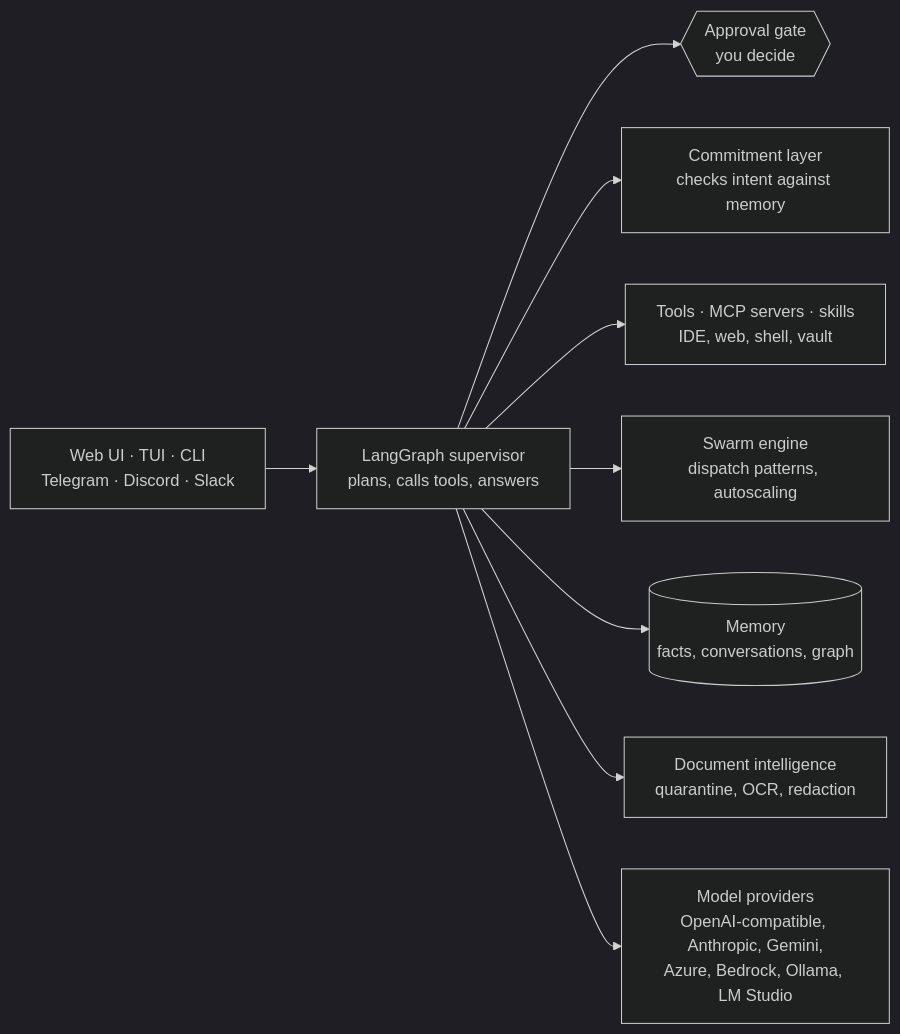
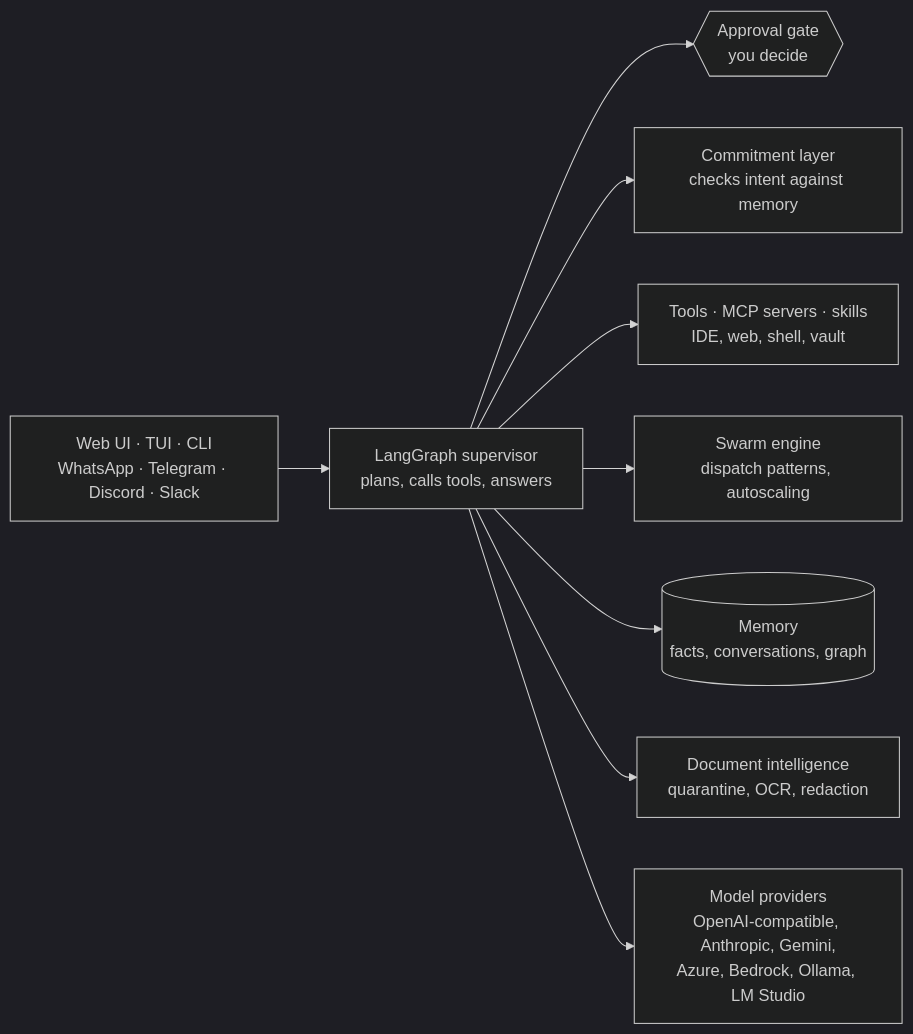
One commit to Mubder/kazma changed the diagram in README.md. Above: the diagram before and after it, drawn with Mermaid (dark theme). The commit also changed other lines of this file and 8 other files, not shown here.

````diff
--- a/README.md
+++ b/README.md
@@ -337,12 +353,12 @@
 ```mermaid
 flowchart LR
-    U["Web UI · TUI · CLI<br/>Telegram · Discord · Slack"] --> S
+    U["Web UI · TUI · CLI<br/>WhatsApp · Telegram · Discord · Slack"] --> S
     S["LangGraph supervisor<br/>plans, calls tools, answers"]
     S --> H{{"Approval gate<br/>you decide"}}
     S --> C["Commitment layer<br/>checks intent against memory"]
     S --> T["Tools · MCP servers · skills<br/>IDE, web, shell, vault"]
     S --> W["Swarm engine<br/>dispatch patterns, autoscaling"]
     S --> M[("Memory<br/>facts, conversations, graph")]
     S --> D["Document intelligence<br/>quarantine, OCR, redaction"]
     S --> P["Model providers<br/>OpenAI-compatible, Anthropic, Gemini,<br/>Azure, Bedrock, Ollama, LM Studio"]
 ```
````
